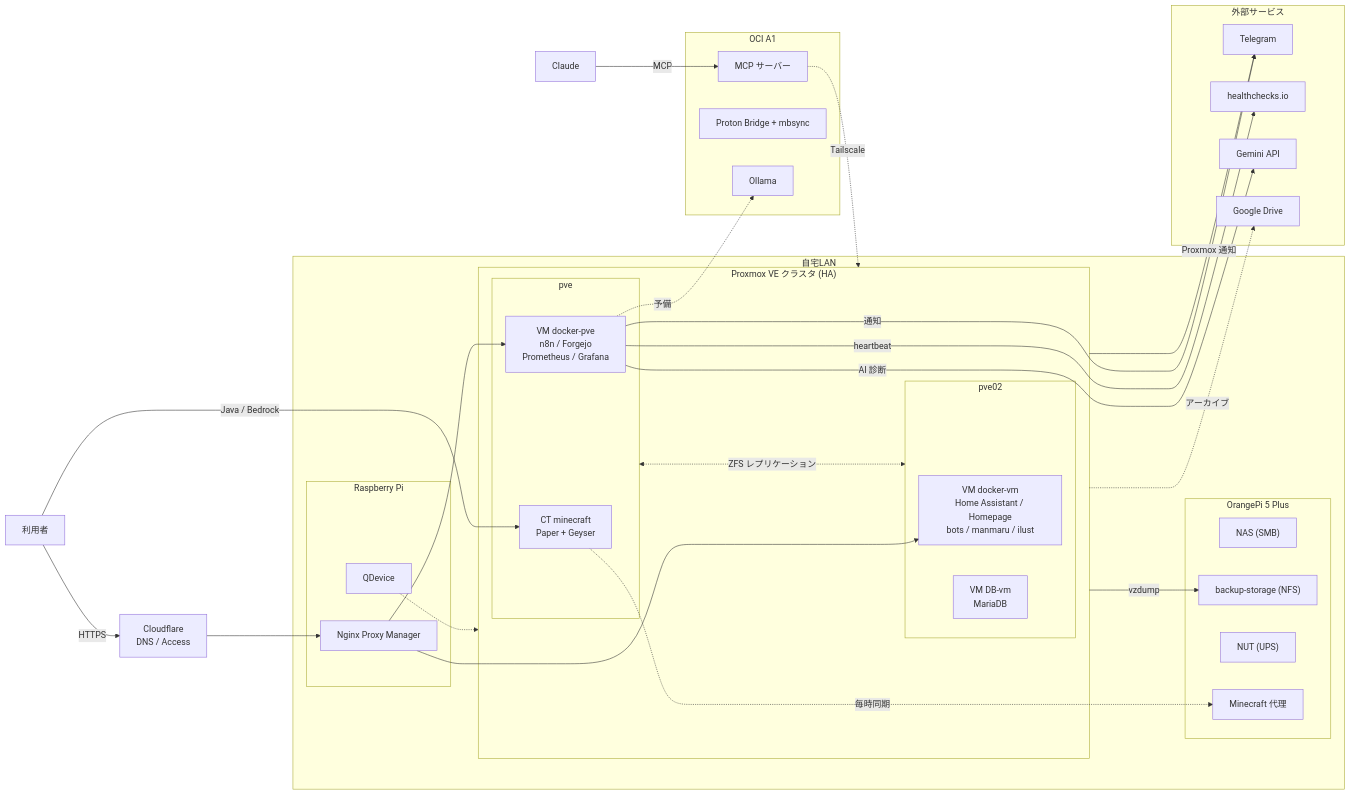
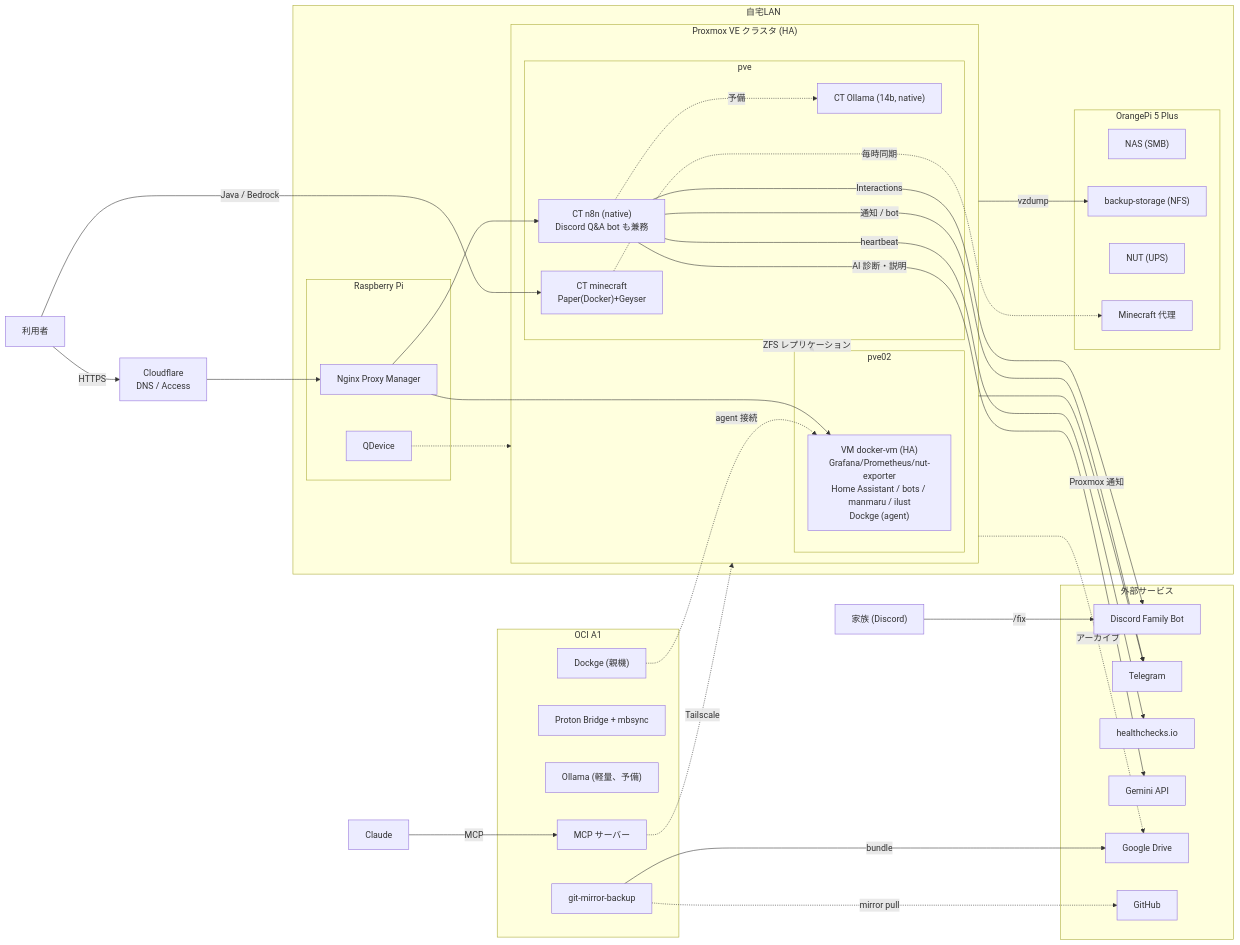
One commit to Leucophyllous/homelab changed the diagram in README.md. Above: the diagram before and after it, drawn with Mermaid. The commit also changed other lines of this file and 25 other files, not shown here.

Commit message:
2026-09-26 大規模構成整理を反映: docker-pve/DB-vm/Forgejo廃止、n8nとOllamaをCTへネイティブ移設、監視をdocker-vmへ集約、Dockge導入、Discord Family Bot追加、マイクラPaperのDocker化、バックアップスクリプトの追従漏れ修正

````diff
--- a/README.md
+++ b/README.md
@@ -12,57 +12,66 @@
 ```mermaid
 flowchart LR
   user["利用者"] -->|HTTPS| cf["Cloudflare<br>DNS / Access"]
   user -->|Java / Bedrock| mc
+  fam["家族 (Discord)"] -->|/fix| bot
   claude["Claude"] -->|MCP| mcp
 
   subgraph home["自宅LAN"]
     subgraph pi["Raspberry Pi"]
       npm["Nginx Proxy Manager"]
       qd["QDevice"]
     end
     subgraph cluster["Proxmox VE クラスタ (HA)"]
       subgraph pve["pve"]
-        dpve["VM docker-pve<br>n8n / Forgejo<br>Prometheus / Grafana"]
-        mc["CT minecraft<br>Paper + Geyser"]
+        n8n["CT n8n (native)<br>Discord Q&A bot も兼務"]
+        oll2["CT Ollama (14b, native)"]
+        mc["CT minecraft<br>Paper(Docker)+Geyser"]
       end
       subgraph pve02["pve02"]
-        dvm["VM docker-vm<br>Home Assistant / Homepage<br>bots / manmaru / ilust"]
-        db["VM DB-vm<br>MariaDB"]
+        dvm["VM docker-vm (HA)<br>Grafana/Prometheus/nut-exporter<br>Home Assistant / bots / manmaru / ilust<br>Dockge (agent)"]
       end
     end
     subgraph opi["OrangePi 5 Plus"]
       nas["NAS (SMB)"]
       bs["backup-storage (NFS)"]
       nut["NUT (UPS)"]
       sb["Minecraft 代理"]
     end
   end
 
   subgraph oci["OCI A1"]
     mcp["MCP サーバー"]
     mail["Proton Bridge + mbsync"]
-    oll["Ollama"]
+    oll["Ollama (軽量、予備)"]
+    dockge["Dockge (親機)"]
+    gm["git-mirror-backup"]
   end
 
   subgraph saas["外部サービス"]
     tg["Telegram"]
+    bot["Discord Family Bot"]
     hc["healthchecks.io"]
     gem["Gemini API"]
     gd["Google Drive"]
+    gh["GitHub"]
   end
 
   cf --> npm
-  npm --> dpve
   npm --> dvm
+  npm --> n8n
   qd -.-> cluster
   pve <-.->|ZFS レプリケーション| pve02
   cluster -->|vzdump| bs
   mc -.->|毎時同期| sb
-  dpve -->|通知| tg
+  n8n -->|通知 / bot| tg
+  n8n -->|Interactions| bot
   cluster -->|Proxmox 通知| tg
-  dpve -->|AI 診断| gem
-  dpve -.->|予備| oll
-  dpve -->|heartbeat| hc
+  n8n -->|AI 診断・説明| gem
+  n8n -.->|予備| oll2
+  n8n -->|heartbeat| hc
+  gm -->|bundle| gd
+  gm -.->|mirror pull| gh
   cluster -.->|アーカイブ| gd
+  dockge -.->|agent 接続| dvm
   mcp -.->|Tailscale| cluster
 ```
````
